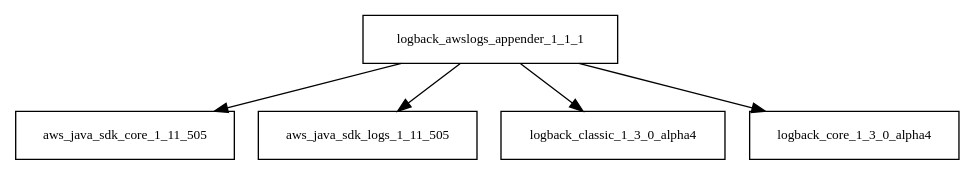
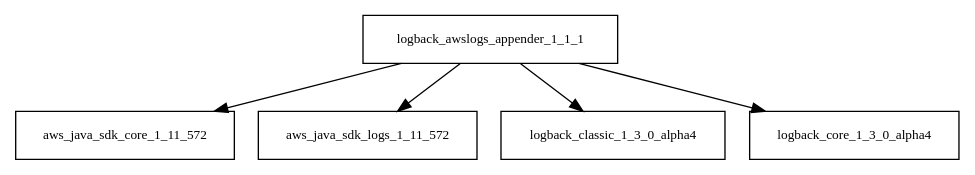
The diagram in tattleTaleReport/graphviz/logback-awslogs-appender-1.1.1.jar/logback-awslogs-appender-1.1.1.jar.dot (Hack23/cia), drawn with Graphviz before and after one commit. The commit also changed 4049 other files, not shown here.

```diff
--- a/tattleTaleReport/graphviz/logback-awslogs-appender-1.1.1.jar/logback-awslogs-appender-1.1.1.jar.dot
+++ b/tattleTaleReport/graphviz/logback-awslogs-appender-1.1.1.jar/logback-awslogs-appender-1.1.1.jar.dot
@@ -1,7 +1,7 @@
 digraph logback_awslogs_appender_1_1_1_dependencies {
   node [shape = box, fontsize=10.0];
-  logback_awslogs_appender_1_1_1 -> aws_java_sdk_core_1_11_505;
-  logback_awslogs_appender_1_1_1 -> aws_java_sdk_logs_1_11_505;
+  logback_awslogs_appender_1_1_1 -> aws_java_sdk_core_1_11_572;
+  logback_awslogs_appender_1_1_1 -> aws_java_sdk_logs_1_11_572;
   logback_awslogs_appender_1_1_1 -> logback_classic_1_3_0_alpha4;
   logback_awslogs_appender_1_1_1 -> logback_core_1_3_0_alpha4;
 }
```
